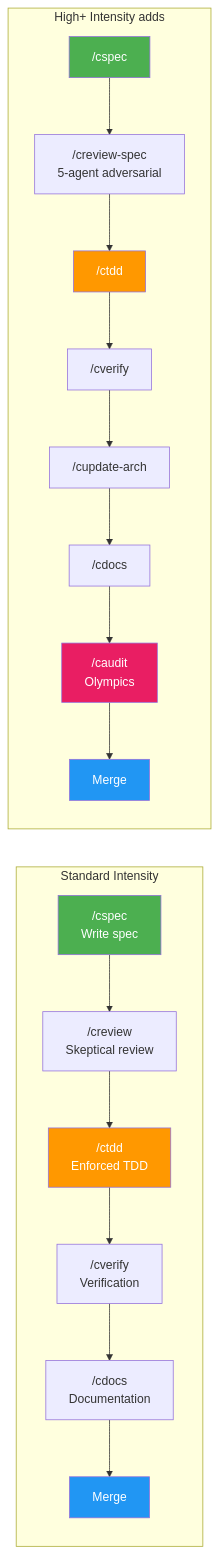
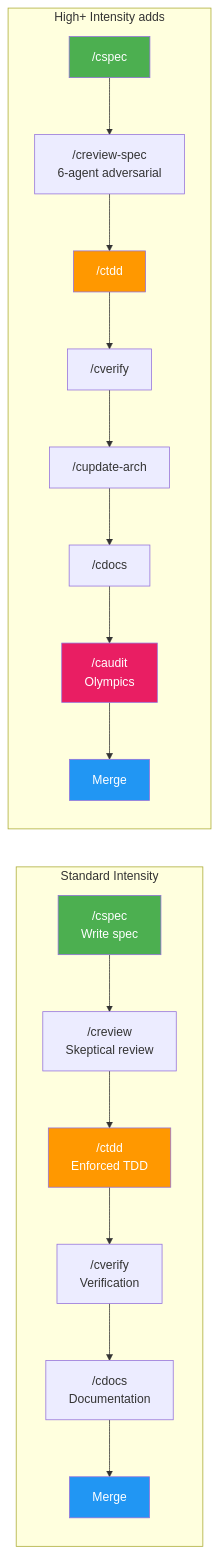
One commit to joshft/correctless changed the first of 6 diagrams in docs/standard-workflow.md. Above: the diagram before and after it, drawn with Mermaid. The commit also changed other lines of this file and 53 other files, not shown here.

````diff
--- a/docs/standard-workflow.md
+++ b/docs/standard-workflow.md
@@ -11,28 +12,28 @@
 ```mermaid
 graph LR
     subgraph "Standard Intensity"
         S["/cspec<br>Write spec"] --> R["/creview<br>Skeptical review"]
         R --> T["/ctdd<br>Enforced TDD"]
         T --> V["/cverify<br>Verification"]
         V --> D["/cdocs<br>Documentation"]
         D --> M["Merge"]
     end
 
     subgraph "High+ Intensity adds"
-        S2["/cspec"] --> RS["/creview-spec<br>5-agent adversarial"]
+        S2["/cspec"] --> RS["/creview-spec<br>6-agent adversarial"]
         RS --> T2["/ctdd"]
         T2 --> V2["/cverify"]
         V2 --> A["/cupdate-arch"]
         A --> D2["/cdocs"]
         D2 --> AU["/caudit<br>Olympics"]
         AU --> M2["Merge"]
     end
 
     style S fill:#4caf50,color:#fff
     style T fill:#ff9800,color:#fff
     style M fill:#2196f3,color:#fff
     style S2 fill:#4caf50,color:#fff
     style T2 fill:#ff9800,color:#fff
     style AU fill:#e91e63,color:#fff
     style M2 fill:#2196f3,color:#fff
 ```
````
